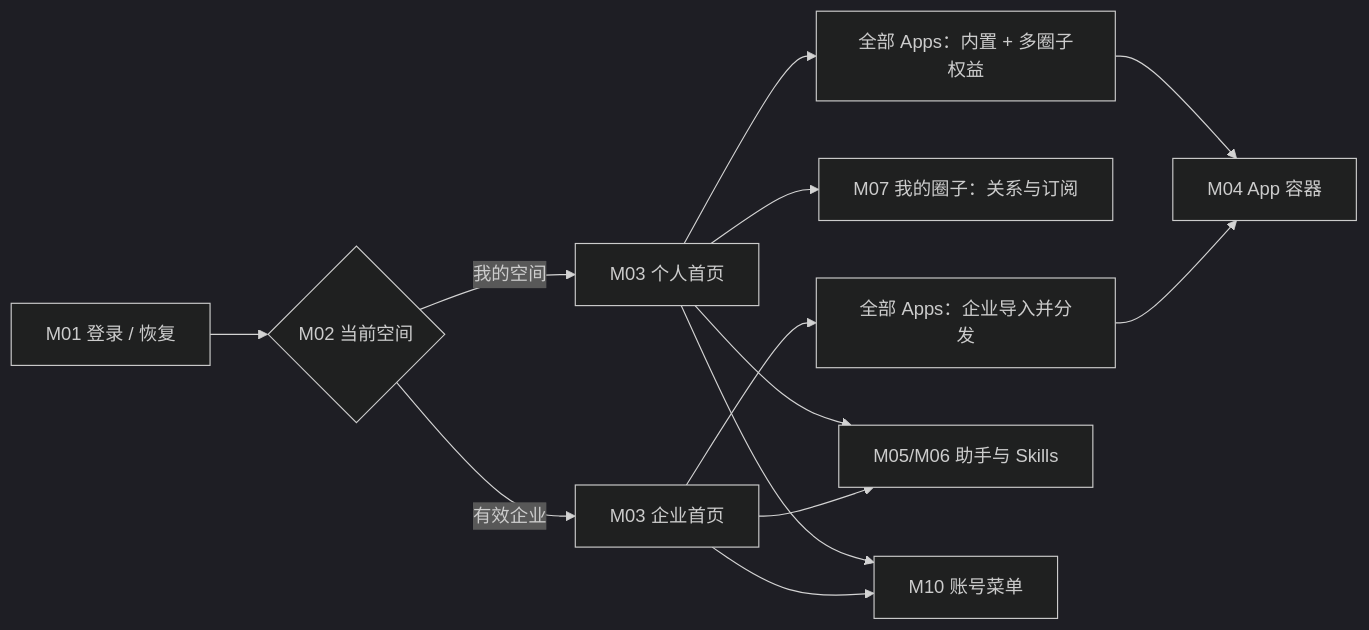
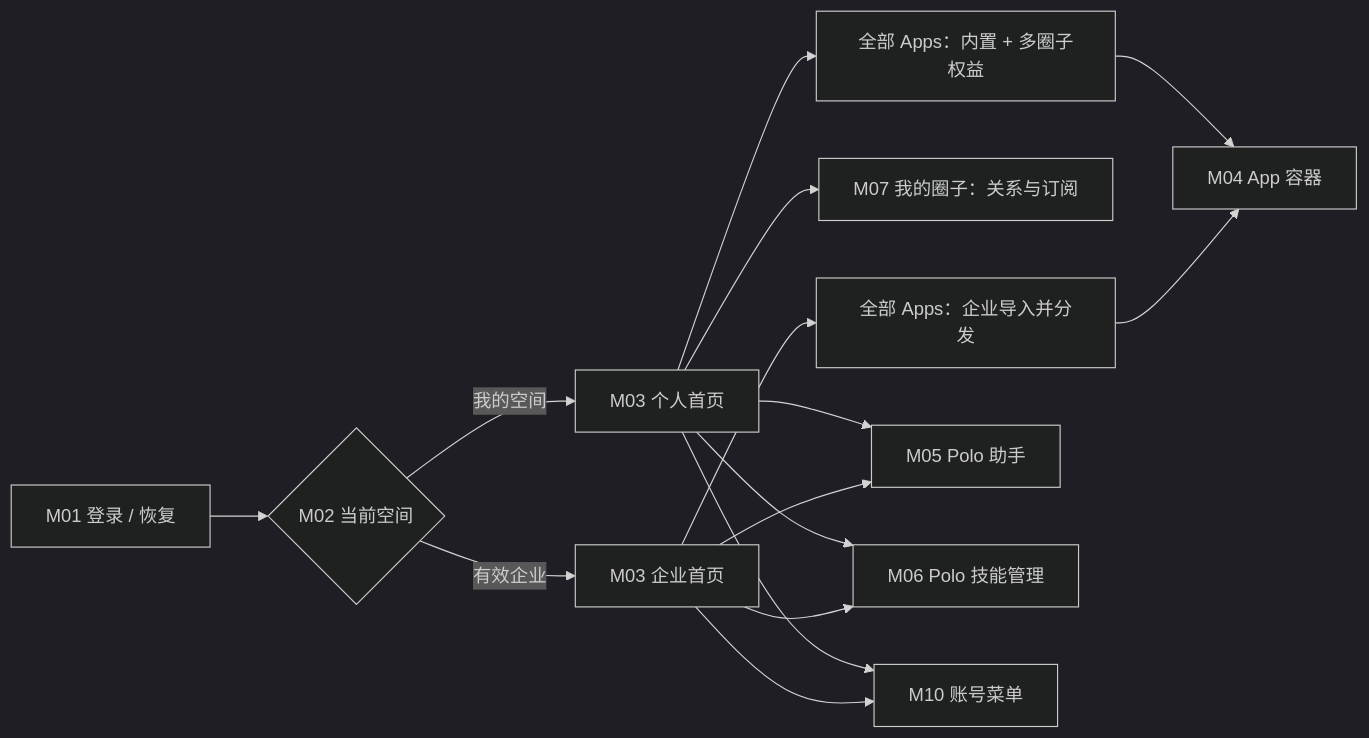
Before and after one commit to z-h-ai/polo: the first of 4 diagrams in docs/client-journey-review/spec.md, drawn with Mermaid (dark theme). The commit also changed other lines of this file and 75 other files, not shown here.

````diff
--- a/docs/client-journey-review/spec.md
+++ b/docs/client-journey-review/spec.md
@@ -171,15 +175,17 @@
 ```mermaid
 flowchart LR
   LOGIN["M01 登录 / 恢复"] --> SPACE{"M02 当前空间"}
   SPACE -->|我的空间| PERSONAL["M03 个人首页"]
   SPACE -->|有效企业| ENTERPRISE["M03 企业首页"]
   PERSONAL --> APPS_P["全部 Apps：内置 + 多圈子权益"]
   PERSONAL --> CIRCLES["M07 我的圈子：关系与订阅"]
   ENTERPRISE --> APPS_E["全部 Apps：企业导入并分发"]
   APPS_P --> APP["M04 App 容器"]
   APPS_E --> APP
-  PERSONAL --> ASSIST["M05/M06 助手与 Skills"]
+  PERSONAL --> ASSIST["M05 Polo 助手"]
+  PERSONAL --> SKILLS["M06 Polo 技能管理"]
+  ENTERPRISE --> SKILLS
   ENTERPRISE --> ASSIST
   PERSONAL --> ACCOUNT["M10 账号菜单"]
   ENTERPRISE --> ACCOUNT
 ```
````
